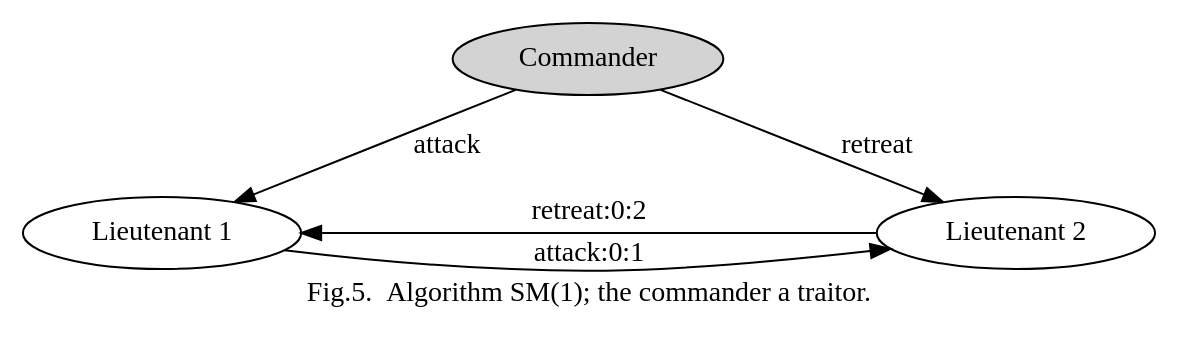
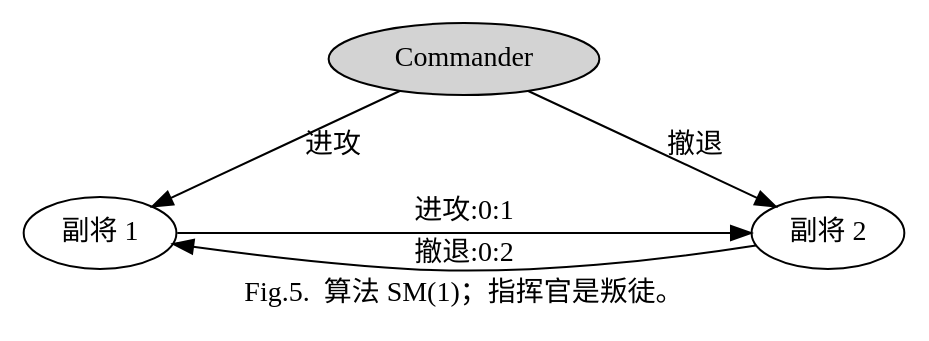
Before and after one commit to Robinpig/Note: the fifth of 5 diagrams in docs/CS/Distributed/Byzantine.md, drawn with Graphviz. The commit also changed other lines of this file and 355 other files, not shown here.

````diff
--- a/docs/CS/Distributed/Byzantine.md
+++ b/docs/CS/Distributed/Byzantine.md
@@ -242,14 +233,14 @@
 ```dot
 digraph {
     nodesep=2;
-    label="Fig.5.  Algorithm SM(1); the commander a traitor."
+    label="Fig.5.  算法 SM(1)；指挥官是叛徒。"
     Commander[style=filled]
-    Lieutenant1[label="Lieutenant 1"];
-    Lieutenant2[label="Lieutenant 2"];
-    Commander -> Lieutenant1[label="attack"];
-    Commander -> Lieutenant2[label="retreat"];
-    Lieutenant1 -> Lieutenant2[label="attack:0:1"];
-    Lieutenant2 -> Lieutenant1[label="retreat:0:2"];
+    Lieutenant1[label="副将 1"];
+    Lieutenant2[label="副将 2"];
+    Commander -> Lieutenant1[label="进攻"];
+    Commander -> Lieutenant2[label="撤退"];
+    Lieutenant1 -> Lieutenant2[label="进攻:0:1"];
+    Lieutenant2 -> Lieutenant1[label="撤退:0:2"];
     {rank="same";Lieutenant1;Lieutenant2;}
 }
 ```
````
